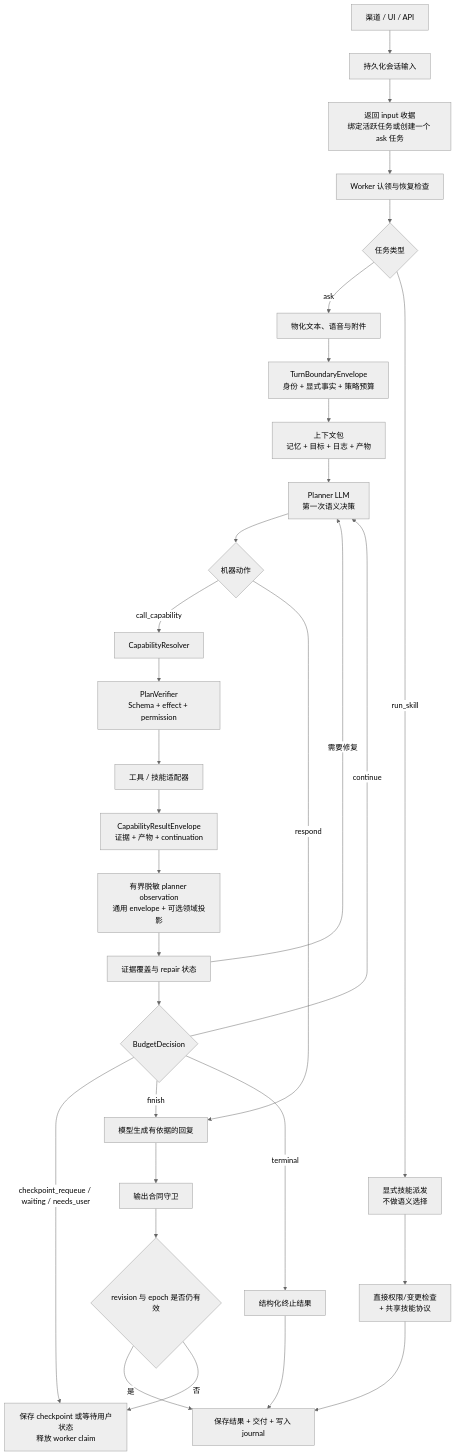
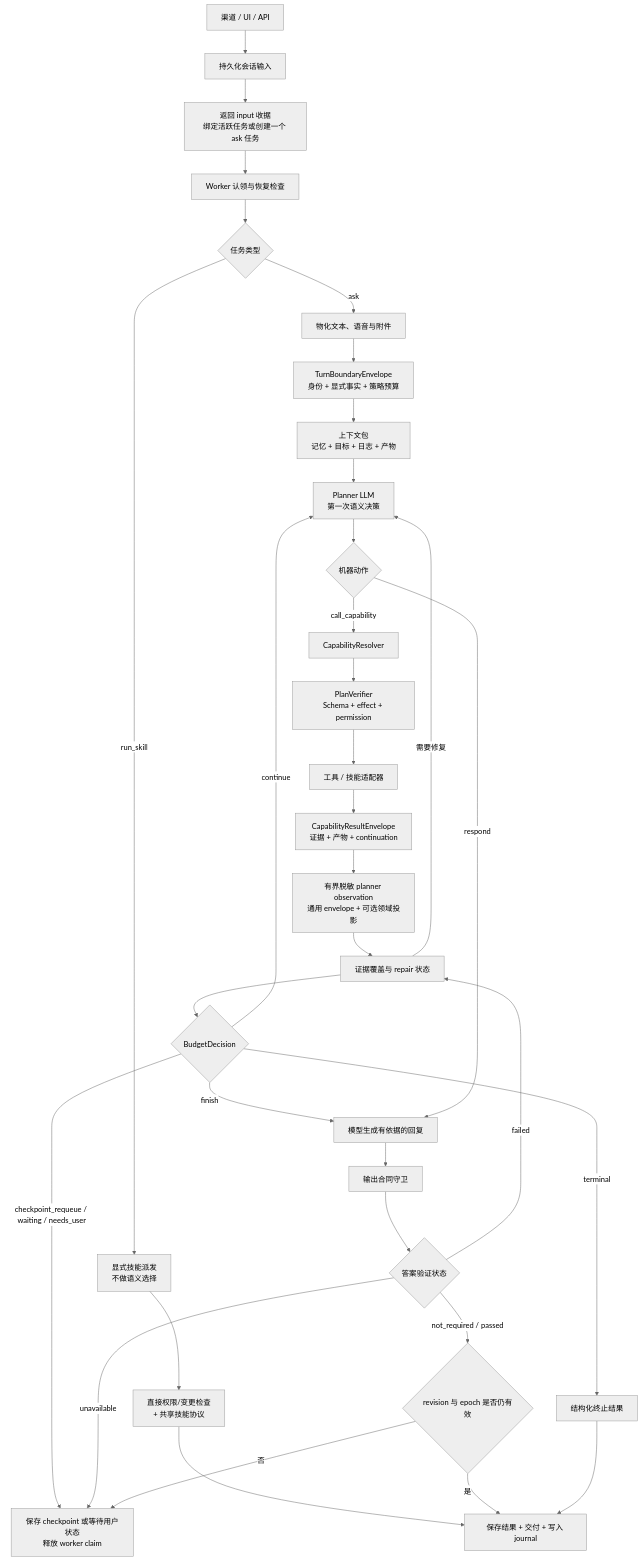
One commit to MatrixCoreX/RustClaw changed the diagram in docs/architecture/01-agent-loop.zh-CN.md. Above: the diagram before and after it, drawn with Mermaid (neutral theme). The commit also changed 52 other files, not shown here.

````diff
--- a/docs/architecture/01-agent-loop.zh-CN.md
+++ b/docs/architecture/01-agent-loop.zh-CN.md
@@ -13,33 +13,36 @@
 ```mermaid
 flowchart TD
     A[渠道 / UI / API] --> B[持久化会话输入]
     B --> C[返回 input 收据<br/>绑定活跃任务或创建一个 ask 任务]
     C --> D[Worker 认领与恢复检查]
     D --> E{任务类型}
     E -->|ask| F[物化文本、语音与附件]
     F --> G[TurnBoundaryEnvelope<br/>身份 + 显式事实 + 策略预算]
     G --> H[上下文包<br/>记忆 + 目标 + 日志 + 产物]
     H --> I[Planner LLM<br/>第一次语义决策]
     I --> J{机器动作}
     J -->|call_capability| K[CapabilityResolver]
     K --> L[PlanVerifier<br/>Schema + effect + permission]
     L --> M[工具 / 技能适配器]
     M --> N[CapabilityResultEnvelope<br/>证据 + 产物 + continuation]
     N --> NX[有界脱敏 planner observation<br/>通用 envelope + 可选领域投影]
     NX --> O[证据覆盖与 repair 状态]
     O -->|需要修复| I
     O --> P{BudgetDecision}
     P -->|continue| I
     P -->|checkpoint_requeue / waiting / needs_user| U[保存 checkpoint 或等待用户状态<br/>释放 worker claim]
     P -->|finish| Q[模型生成有依据的回复]
     P -->|terminal| V[结构化终止结果]
     J -->|respond| Q
     E -->|run_skill| R[显式技能派发<br/>不做语义选择]
     R --> W[直接权限/变更检查<br/>+ 共享技能协议]
     W --> T
     Q --> S[输出合同守卫]
-    S --> TT{revision 与 epoch 是否仍有效}
+    S --> AV{答案验证状态}
+    AV -->|not_required / passed| TT{revision 与 epoch 是否仍有效}
+    AV -->|failed| O
+    AV -->|unavailable| U
     TT -->|是| T[保存结果 + 交付 + 写入 journal]
     TT -->|否| U
     V --> T
 ```
````
